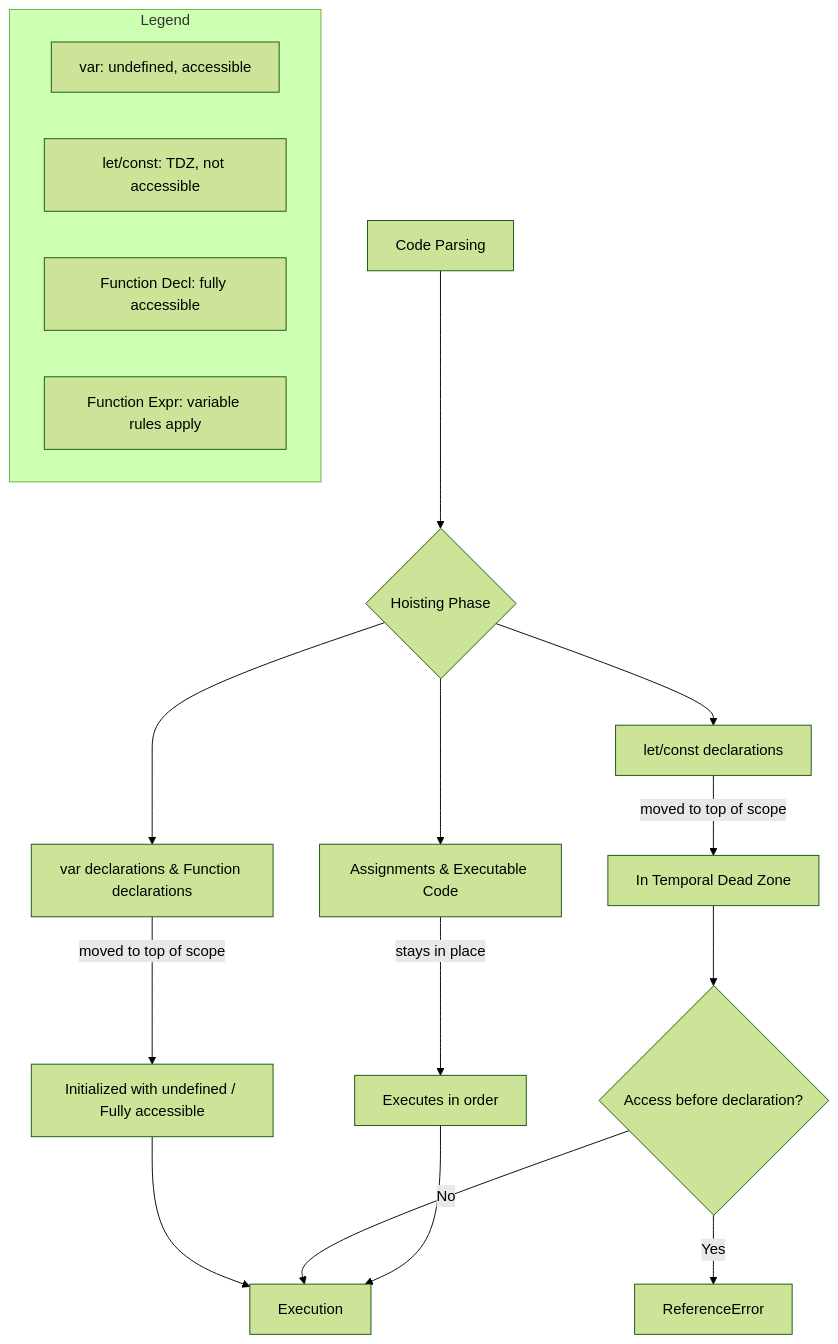
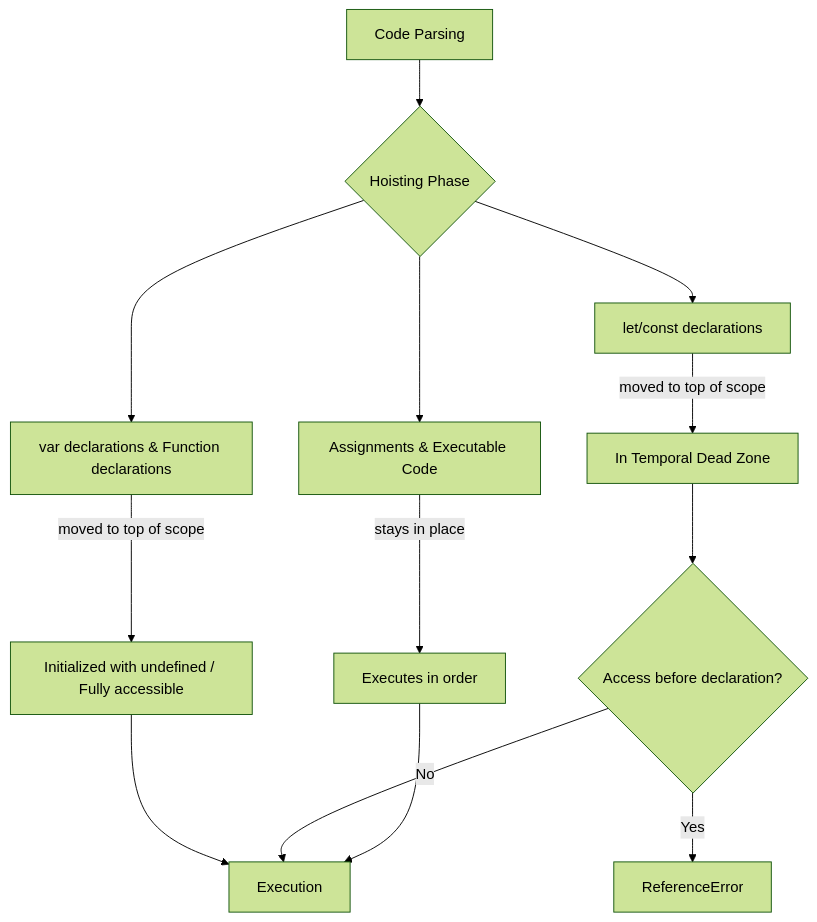
The diagram in javascript-hoisting.md (rcpsolutions-net/markdown-docs), drawn with Mermaid (forest theme) before and after one commit. The commit also changed other lines of this file, not shown here.

````diff
--- a/javascript-hoisting.md
+++ b/javascript-hoisting.md
@@ -63,31 +63,23 @@
 ```mermaid
 graph TD
     A[Code Parsing]
     B{Hoisting Phase}
     C[var declarations & Function declarations]
     D[let/const declarations]
     E[Assignments & Executable Code]
 
     A --> B
     B --> C
     B --> D
     B --> E
 
     C -- moved to top of scope --> F[Initialized with undefined / Fully accessible]
     D -- moved to top of scope --> G[In Temporal Dead Zone]
     E -- stays in place --> H[Executes in order]
 
     F --> I[Execution]
     G --> J{Access before declaration?}
     J -- Yes --> K[ReferenceError]
     J -- No --> I
     H --> I
-
-subgraph Legend
-    direction LR
-    L1[var: undefined, accessible]
-    L2[let/const: TDZ, not accessible]
-    L3[Function Decl: fully accessible]
-    L4[Function Expr: variable rules apply]
-end
 ```
````
